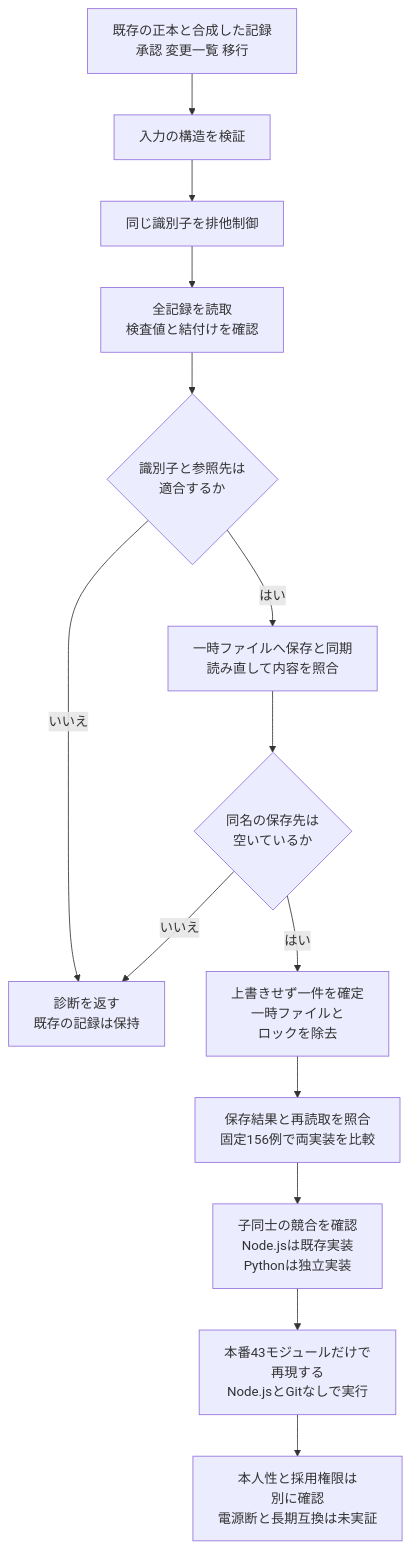
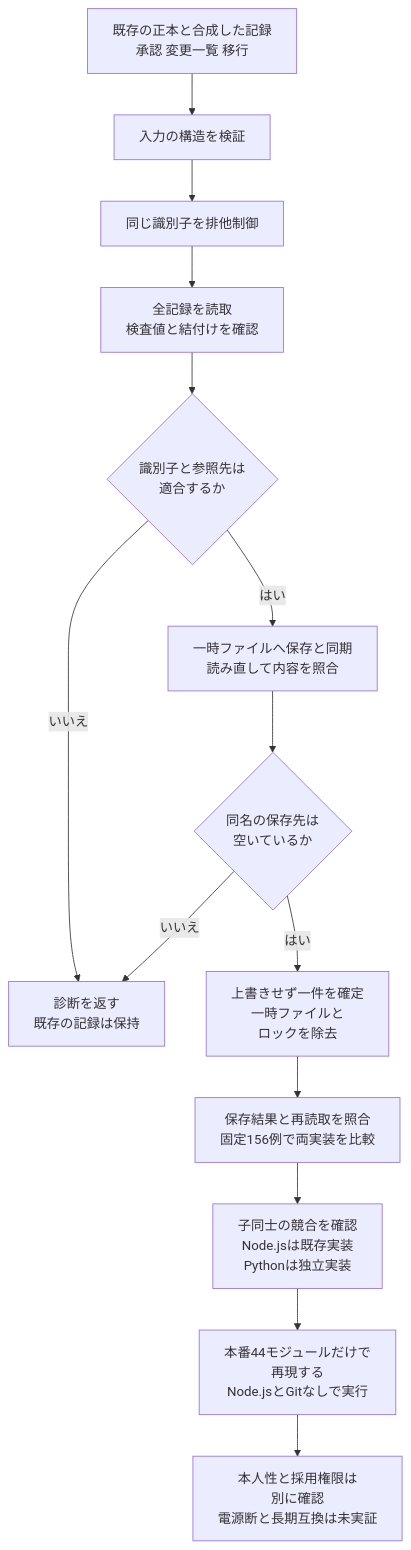
One commit to koukemo/morivyx changed the diagram in docs/diagrams/python-ledger-store.mmd. Above: the diagram before and after it, drawn with Mermaid. The commit also changed 36 other files, not shown here.

```diff
--- a/docs/diagrams/python-ledger-store.mmd
+++ b/docs/diagrams/python-ledger-store.mmd
@@ -1,14 +1,14 @@
 flowchart TD
   A[既存の正本と合成した記録<br/>承認 変更一覧 移行] --> B[入力の構造を検証]
   B --> C[同じ識別子を排他制御]
   C --> D[全記録を読取<br/>検査値と結付けを確認]
   D --> E{識別子と参照先は<br/>適合するか}
   E -->|いいえ| F[診断を返す<br/>既存の記録は保持]
   E -->|はい| G[一時ファイルへ保存と同期<br/>読み直して内容を照合]
   G --> H{同名の保存先は<br/>空いているか}
   H -->|いいえ| F
   H -->|はい| I[上書きせず一件を確定<br/>一時ファイルと<br/>ロックを除去]
   I --> J[保存結果と再読取を照合<br/>固定156例で両実装を比較]
   J --> K[子同士の競合を確認<br/>Node.jsは既存実装<br/>Pythonは独立実装]
-  K --> L[本番43モジュールだけで<br/>再現する<br/>Node.jsとGitなしで実行]
+  K --> L[本番44モジュールだけで<br/>再現する<br/>Node.jsとGitなしで実行]
   L --> M[本人性と採用権限は<br/>別に確認<br/>電源断と長期互換は未実証]
```
